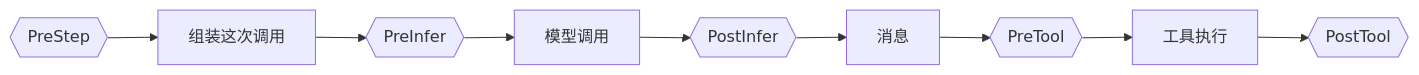
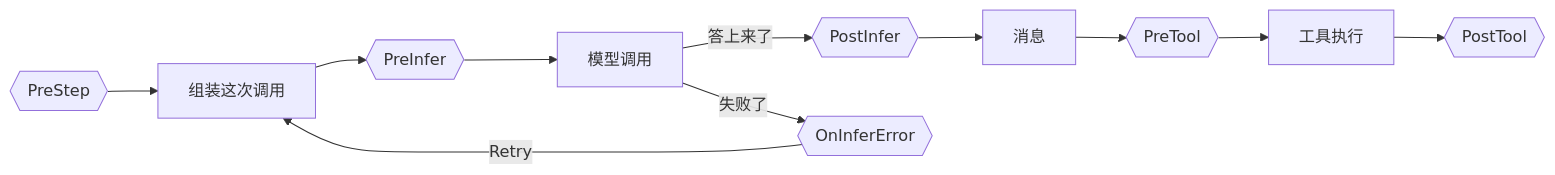
One commit to genai-io/sdk-go changed the fourth of 5 diagrams in docs/agent.zh-CN.md. Above: the diagram before and after it, drawn with Mermaid. The commit also changed other lines of this file and 8 other files, not shown here.

````diff
--- a/docs/agent.zh-CN.md
+++ b/docs/agent.zh-CN.md
@@ -176,10 +213,12 @@
 ```mermaid
 flowchart LR
     Z{{PreStep}} --> A[组装这次调用] --> B{{PreInfer}}
     B --> C[模型调用]
-    C --> D{{PostInfer}}
+    C -->|答上来了| D{{PostInfer}}
+    C -->|失败了| X{{OnInferError}}
+    X -->|Retry| A
     D --> E[消息]
     E --> F{{PreTool}}
     F --> G[工具执行]
     G --> H{{PostTool}}
 ```
````
